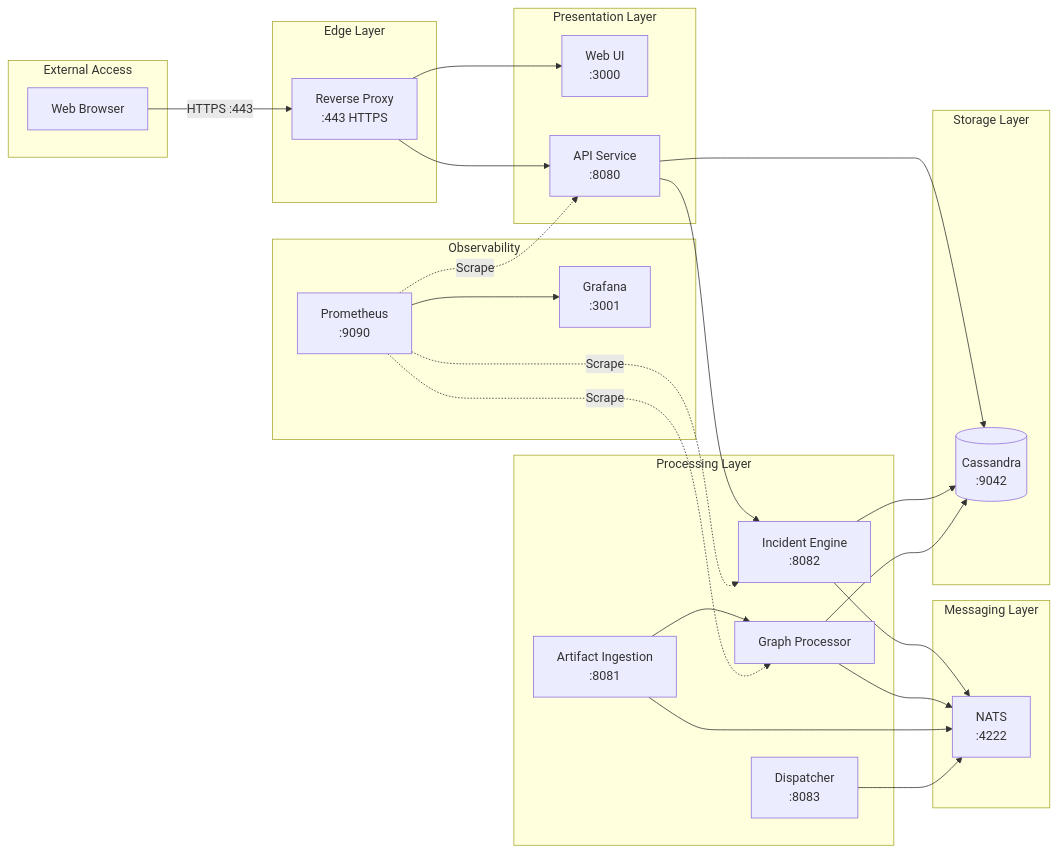
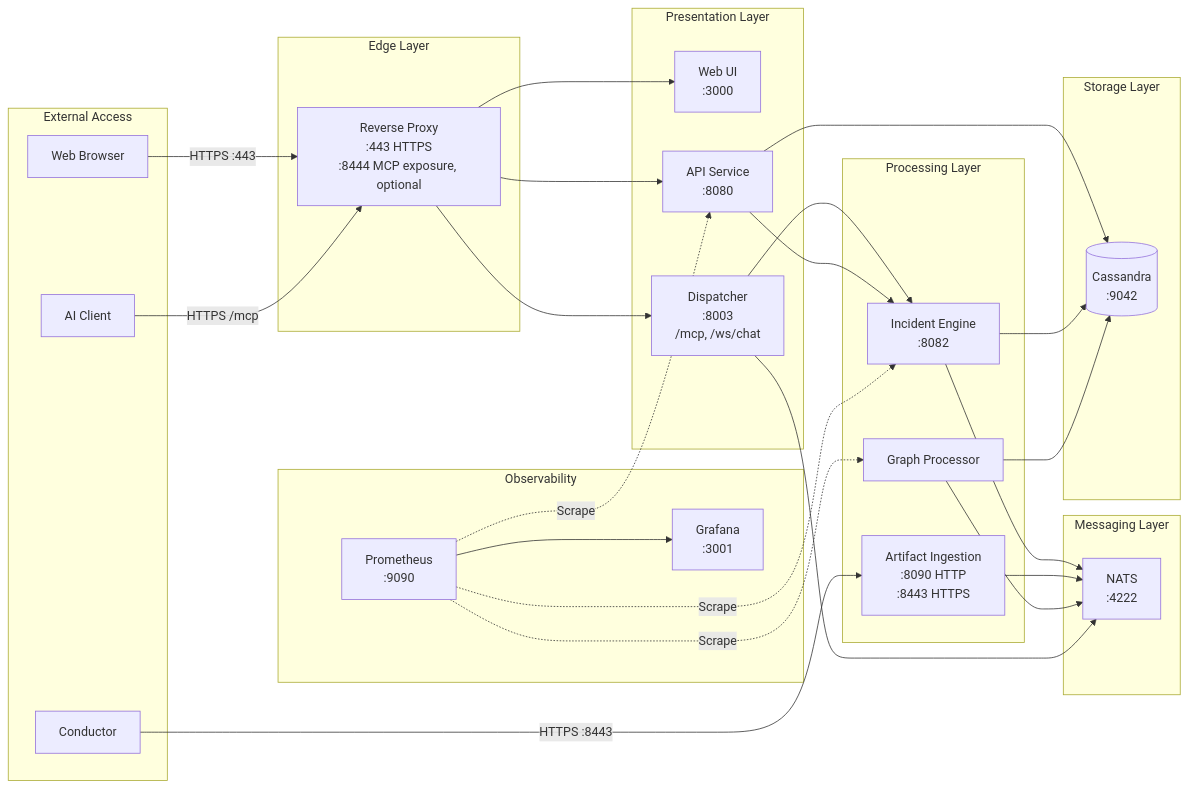
One commit to witfoo/analytics-docs changed the second of 5 diagrams in docs/getting-started/architecture.md. Above: the diagram before and after it, drawn with Mermaid. The commit also changed other lines of this file and 77 other files, not shown here.

````diff
--- a/docs/getting-started/architecture.md
+++ b/docs/getting-started/architecture.md
@@ -64,52 +68,57 @@
 ```mermaid
 graph LR
     subgraph "External Access"
         Browser[Web Browser]
+        AIC[AI Client]
+        COND[Conductor]
     end
 
     subgraph "Edge Layer"
-        RP[Reverse Proxy<br/>:443 HTTPS]
+        RP[Reverse Proxy<br/>:443 HTTPS<br/>:8444 MCP exposure, optional]
     end
 
     subgraph "Presentation Layer"
         UI[Web UI<br/>:3000]
         API[API Service<br/>:8080]
+        DISP[Dispatcher<br/>:8003<br/>/mcp, /ws/chat]
     end
 
     subgraph "Processing Layer"
         IE[Incident Engine<br/>:8082]
         GP[Graph Processor]
-        AI_SVC[Artifact Ingestion<br/>:8081]
-        DISP[Dispatcher<br/>:8083]
+        AI_SVC[Artifact Ingestion<br/>:8090 HTTP<br/>:8443 HTTPS]
     end
 
     subgraph "Messaging Layer"
         NATS[NATS<br/>:4222]
     end
 
     subgraph "Storage Layer"
         CASS[(Cassandra<br/>:9042)]
     end
 
     subgraph "Observability"
         PROM[Prometheus<br/>:9090]
         GRAF[Grafana<br/>:3001]
     end
 
     Browser -->|HTTPS :443| RP
+    AIC -->|HTTPS /mcp| RP
+    COND -->|HTTPS :8443| AI_SVC
     RP --> UI
     RP --> API
+    RP --> DISP
+    DISP --> IE
     API --> IE
     API --> CASS
     IE --> CASS
     IE --> NATS
+    AI_SVC --> NATS
+    GP --> NATS
     GP --> CASS
-    GP --> NATS
-    AI_SVC --> NATS
-    AI_SVC --> GP
     DISP --> NATS
     PROM --> GRAF
     PROM -.->|Scrape| API
     PROM -.->|Scrape| IE
     PROM -.->|Scrape| GP
 ```
````
